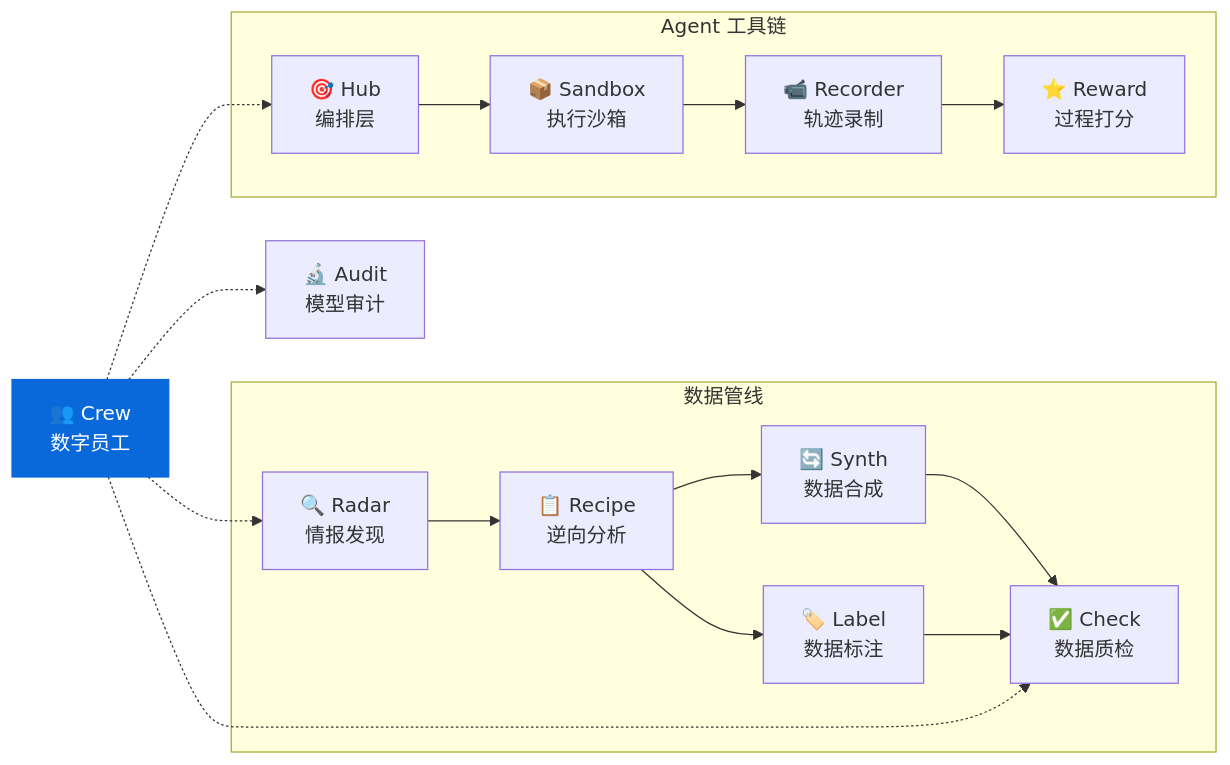
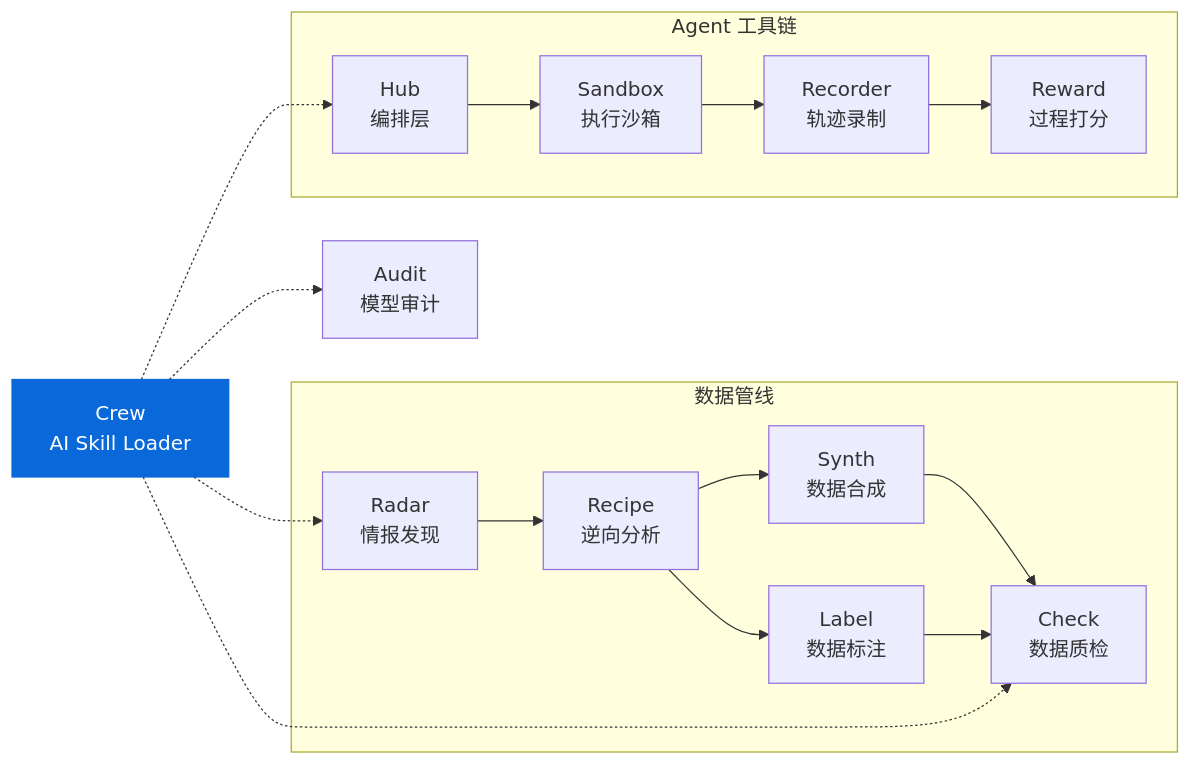
One commit to liuxiaotong/knowlyr-crew changed the diagram in README.md. Above: the diagram before and after it, drawn with Mermaid. The commit also changed other lines of this file and 14 other files, not shown here.

First line of the commit message:
feat: 升级为 AI Skill Loader — MCP Prompts/Resources + tools/context 字段

````diff
--- a/README.md
+++ b/README.md
@@ -219,22 +194,22 @@
 ```mermaid
 graph LR
     subgraph 数据管线
-        Radar["🔍 Radar<br/>情报发现"] --> Recipe["📋 Recipe<br/>逆向分析"]
-        Recipe --> Synth["🔄 Synth<br/>数据合成"]
-        Recipe --> Label["🏷️ Label<br/>数据标注"]
-        Synth --> Check["✅ Check<br/>数据质检"]
+        Radar["Radar<br/>情报发现"] --> Recipe["Recipe<br/>逆向分析"]
+        Recipe --> Synth["Synth<br/>数据合成"]
+        Recipe --> Label["Label<br/>数据标注"]
+        Synth --> Check["Check<br/>数据质检"]
         Label --> Check
     end
-    Audit["🔬 Audit<br/>模型审计"]
+    Audit["Audit<br/>模型审计"]
     subgraph Agent 工具链
-        Hub["🎯 Hub<br/>编排层"] --> Sandbox["📦 Sandbox<br/>执行沙箱"]
-        Sandbox --> Recorder["📹 Recorder<br/>轨迹录制"]
-        Recorder --> Reward["⭐ Reward<br/>过程打分"]
+        Hub["Hub<br/>编排层"] --> Sandbox["Sandbox<br/>执行沙箱"]
+        Sandbox --> Recorder["Recorder<br/>轨迹录制"]
+        Recorder --> Reward["Reward<br/>过程打分"]
     end
-    Crew["👥 Crew<br/>数字员工"]
+    Crew["Crew<br/>AI Skill Loader"]
     Crew -.-> Radar
     Crew -.-> Check
     Crew -.-> Audit
     Crew -.-> Hub
     style Crew fill:#0969da,color:#fff,stroke:#0969da
 ```
````
